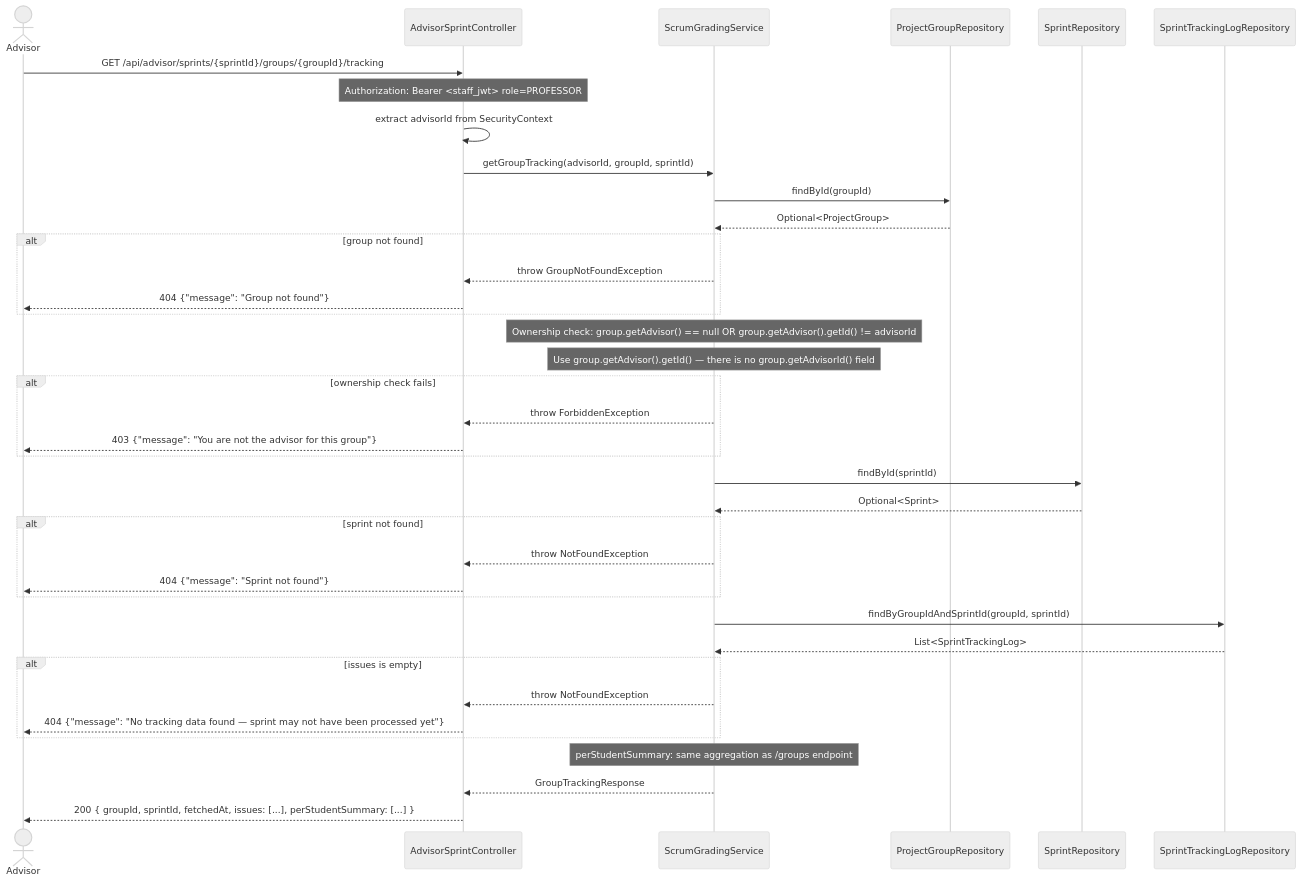
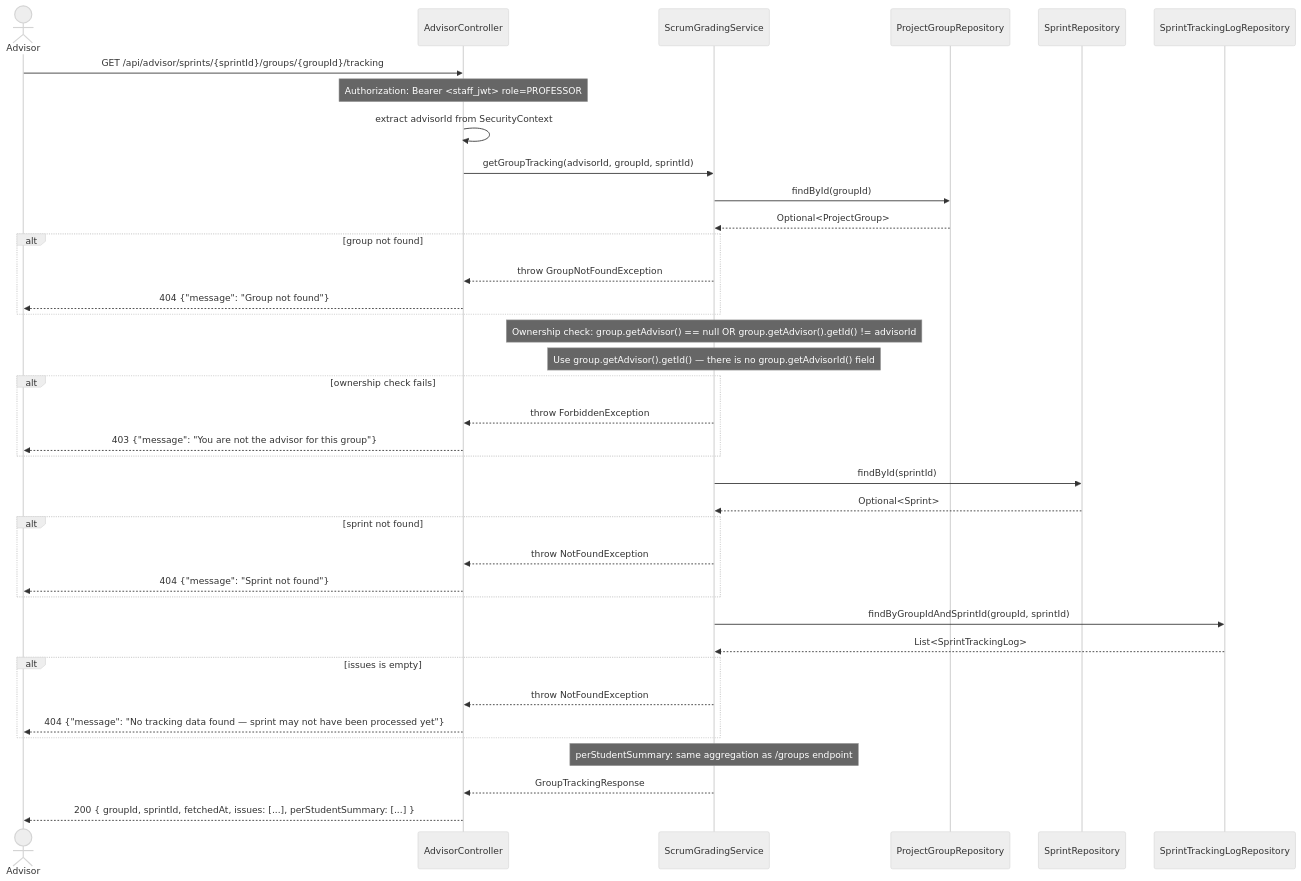
Before and after one commit to SE3318-Spring-2025-2026/senior-app-6: the third of 3 diagrams in docs/process5/sequences/5.5a_advisor_sprint_read.md, drawn with Mermaid (neutral theme). The commit also changed other lines of this file and 4 other files, not shown here.

````diff
--- a/docs/process5/sequences/5.5a_advisor_sprint_read.md
+++ b/docs/process5/sequences/5.5a_advisor_sprint_read.md
@@ -96,52 +96,52 @@
 ```mermaid
 sequenceDiagram
     actor Advisor
-    participant AdvisorSprintController
+    participant AdvisorController
     participant ScrumGradingService
     participant ProjectGroupRepository
     participant SprintRepository
     participant SprintTrackingLogRepository
 
-    Advisor->>AdvisorSprintController: GET /api/advisor/sprints/{sprintId}/groups/{groupId}/tracking
-    Note over AdvisorSprintController: Authorization: Bearer <staff_jwt> role=PROFESSOR
+    Advisor->>AdvisorController: GET /api/advisor/sprints/{sprintId}/groups/{groupId}/tracking
+    Note over AdvisorController: Authorization: Bearer <staff_jwt> role=PROFESSOR
 
-    AdvisorSprintController->>AdvisorSprintController: extract advisorId from SecurityContext
+    AdvisorController->>AdvisorController: extract advisorId from SecurityContext
 
-    AdvisorSprintController->>ScrumGradingService: getGroupTracking(advisorId, groupId, sprintId)
+    AdvisorController->>ScrumGradingService: getGroupTracking(advisorId, groupId, sprintId)
 
     ScrumGradingService->>ProjectGroupRepository: findById(groupId)
     ProjectGroupRepository-->>ScrumGradingService: Optional<ProjectGroup>
 
     alt group not found
-        ScrumGradingService-->>AdvisorSprintController: throw GroupNotFoundException
-        AdvisorSprintController-->>Advisor: 404 {"message": "Group not found"}
+        ScrumGradingService-->>AdvisorController: throw GroupNotFoundException
+        AdvisorController-->>Advisor: 404 {"message": "Group not found"}
     end
 
     Note over ScrumGradingService: Ownership check: group.getAdvisor() == null OR group.getAdvisor().getId() != advisorId
     Note over ScrumGradingService: Use group.getAdvisor().getId() — there is no group.getAdvisorId() field
 
     alt ownership check fails
-        ScrumGradingService-->>AdvisorSprintController: throw ForbiddenException
-        AdvisorSprintController-->>Advisor: 403 {"message": "You are not the advisor for this group"}
+        ScrumGradingService-->>AdvisorController: throw ForbiddenException
+        AdvisorController-->>Advisor: 403 {"message": "You are not the advisor for this group"}
     end
 
     ScrumGradingService->>SprintRepository: findById(sprintId)
     SprintRepository-->>ScrumGradingService: Optional<Sprint>
 
     alt sprint not found
-        ScrumGradingService-->>AdvisorSprintController: throw NotFoundException
-        AdvisorSprintController-->>Advisor: 404 {"message": "Sprint not found"}
+        ScrumGradingService-->>AdvisorController: throw NotFoundException
+        AdvisorController-->>Advisor: 404 {"message": "Sprint not found"}
     end
 
     ScrumGradingService->>SprintTrackingLogRepository: findByGroupIdAndSprintId(groupId, sprintId)
     SprintTrackingLogRepository-->>ScrumGradingService: List<SprintTrackingLog>
 
     alt issues is empty
-        ScrumGradingService-->>AdvisorSprintController: throw NotFoundException
-        AdvisorSprintController-->>Advisor: 404 {"message": "No tracking data found — sprint may not have been processed yet"}
+        ScrumGradingService-->>AdvisorController: throw NotFoundException
+        AdvisorController-->>Advisor: 404 {"message": "No tracking data found — sprint may not have been processed yet"}
     end
 
     Note over ScrumGradingService: perStudentSummary: same aggregation as /groups endpoint
-    ScrumGradingService-->>AdvisorSprintController: GroupTrackingResponse
-    AdvisorSprintController-->>Advisor: 200 { groupId, sprintId, fetchedAt, issues: [...], perStudentSummary: [...] }
+    ScrumGradingService-->>AdvisorController: GroupTrackingResponse
+    AdvisorController-->>Advisor: 200 { groupId, sprintId, fetchedAt, issues: [...], perStudentSummary: [...] }
 ```
````
